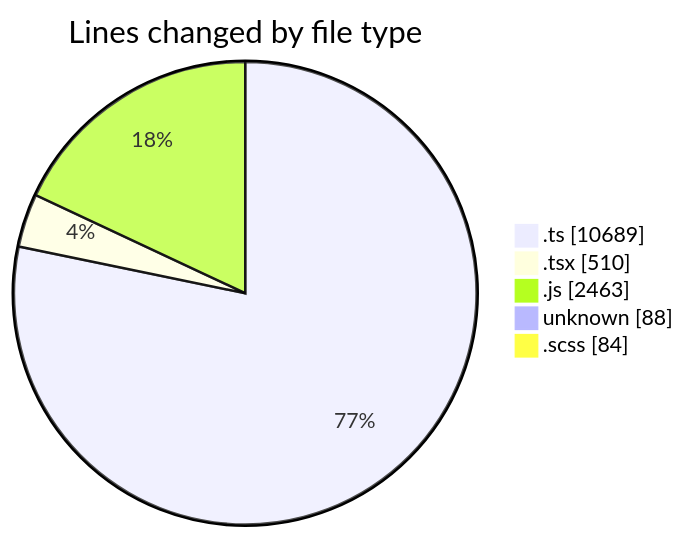
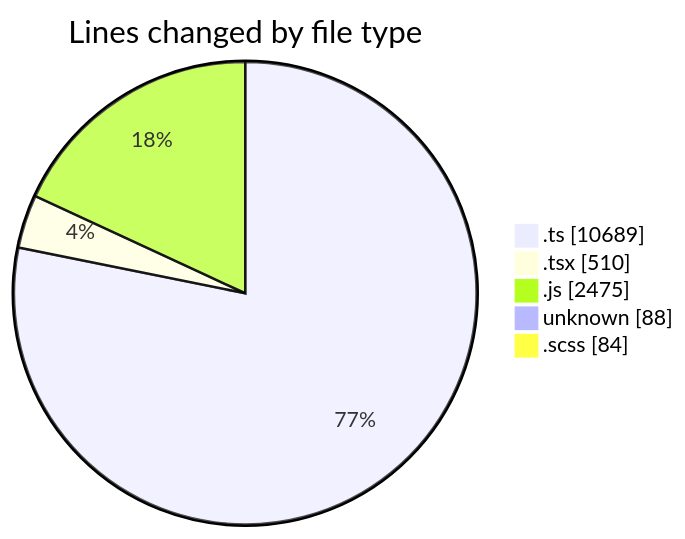
Before and after one commit to momahboobian/code-tracking: the first of 2 diagrams in 2026-03-11/cda/README.md, drawn with Mermaid. The commit also changed other lines of this file and 1 other file, not shown here.

````diff
--- a/2026-03-11/cda/README.md
+++ b/2026-03-11/cda/README.md
@@ -39,9 +39,9 @@
 ```mermaid
 pie showData
 title Lines changed by file type
 ".ts" : 10689
 ".tsx" : 510
-".js" : 2463
+".js" : 2475
 "unknown" : 88
 ".scss" : 84
 ```
````
